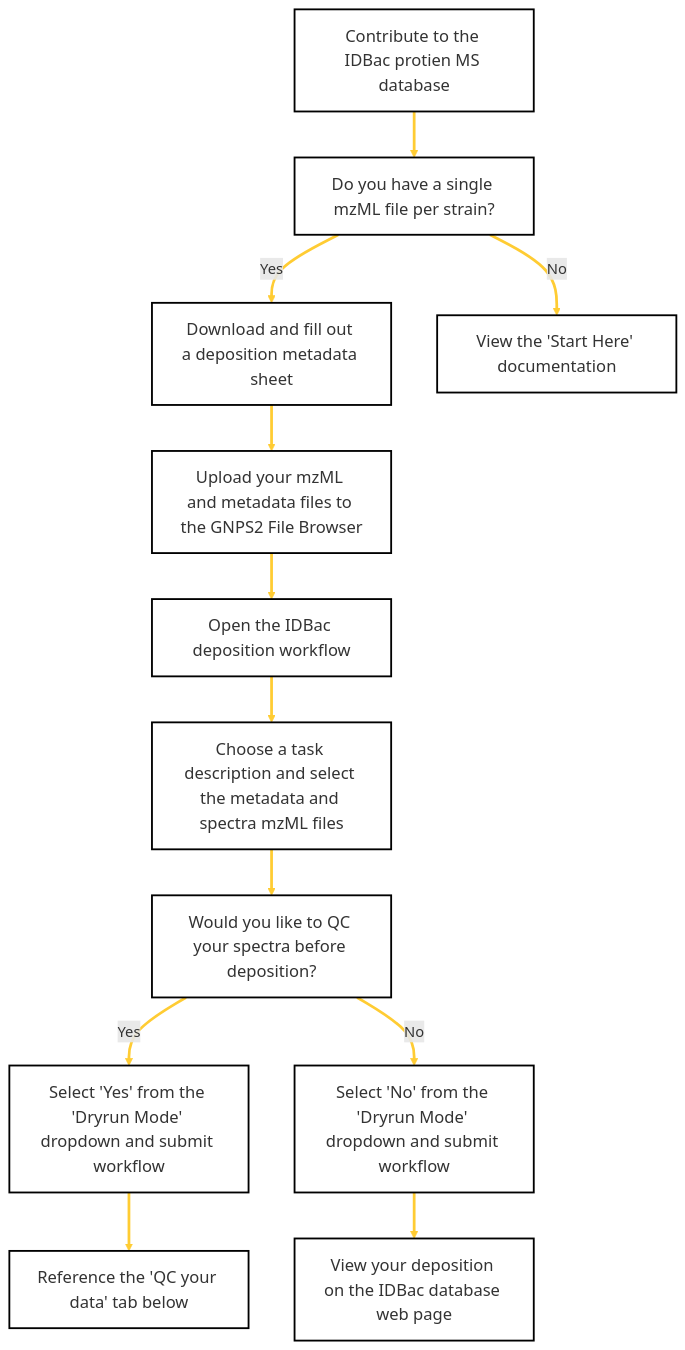
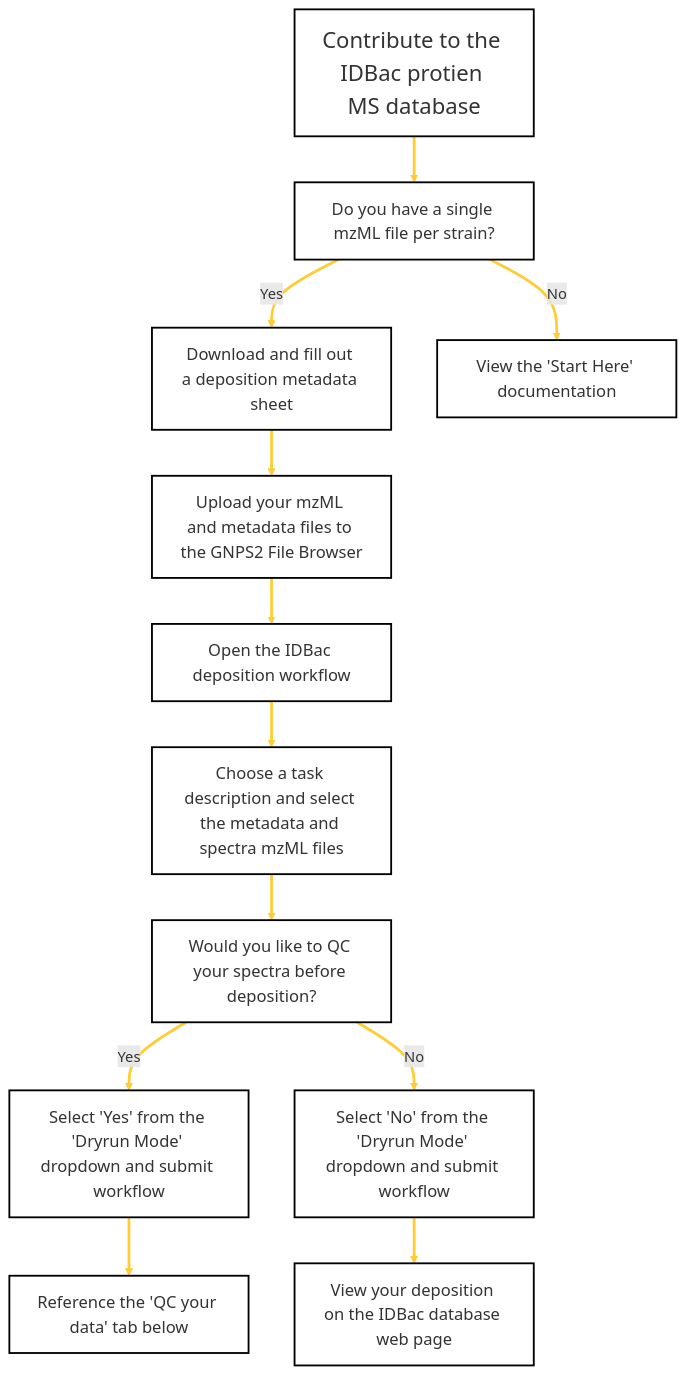
Before and after one commit to Wang-Bioinformatics-Lab/GNPS2_Documentation: the diagram in docs/idbacdepositions.md, drawn with Mermaid.

````diff
--- a/docs/idbacdepositions.md
+++ b/docs/idbacdepositions.md
@@ -15,51 +15,51 @@
 ```mermaid
 flowchart TD
     A[Contribute to the IDBac protien MS database] --> B[Do you have a single mzML file per strain?]
     B -->|Yes| C[Download and fill out a deposition metadata sheet]
     B -->|No| D[View the 'Start Here' documentation]
     C --> E[Upload your mzML and metadata files to the GNPS2 File Browser]
     E --> F[Open the IDBac deposition workflow]
     F --> G[Choose a task description and select the metadata and spectra mzML files]
     G --> H[Would you like to QC your spectra before deposition?]
     H --> |Yes| I[Select 'Yes' from the 'Dryrun Mode' dropdown and submit workflow]
     H --> |No| J[Select 'No' from the 'Dryrun Mode' dropdown and submit workflow]
     J --> K[View your deposition on the IDBac database web page]
     I --> L[Reference the 'QC your data' tab below]
    
     
     click C href "https://docs.google.com/spreadsheets/d/1yKsZ2FEw8-cWufvY8l31Ju8NTKujmEtb/edit?usp=sharing&ouid=102573514213912402103&rtpof=true&sd=true"
     click E href "https://gnps2.org/homepage"
     click F href "https://gnps2.org/workflowinput?workflowname=idbacdeposition_workflow"
     click K href "https://idbac.org/database"
 
 
  %% Styling
-    style A fill:#FFFFFF,stroke:#000000,stroke-width:2px,font-size:18px
+    style A fill:#FFFFFF,stroke:#000000,stroke-width:2px,font-size:24px
     style B fill:#FFFFFF,stroke:#000000,stroke-width:2px,font-size:18px
     style C fill:#FFFFFF,stroke:#000000,stroke-width:2px,font-size:18px
     style D fill:#FFFFFF,stroke:#000000,stroke-width:2px,font-size:18px
     style E fill:#FFFFFF,stroke:#000000,stroke-width:2px,font-size:18px
     style F fill:#FFFFFF,stroke:#000000,stroke-width:2px,font-size:18px
     style G fill:#FFFFFF,stroke:#000000,stroke-width:2px,font-size:18px
     style H fill:#FFFFFF,stroke:#000000,stroke-width:2px,font-size:18px
     style I fill:#FFFFFF,stroke:#000000,stroke-width:2px,font-size:18px
     style J fill:#FFFFFF,stroke:#000000,stroke-width:2px,font-size:18px
     style K fill:#FFFFFF,stroke:#000000,stroke-width:2px,font-size:18px
     style L fill:#FFFFFF,stroke:#000000,stroke-width:2px,font-size:18px 
 
 %% Link Styling
     linkStyle 0 stroke:#ffcc33,stroke-width:3px
     linkStyle 1 stroke:#ffcc33,stroke-width:3px
     linkStyle 2 stroke:#ffcc33,stroke-width:3px
     linkStyle 3 stroke:#ffcc33,stroke-width:3px
     linkStyle 4 stroke:#ffcc33,stroke-width:3px
     linkStyle 5 stroke:#ffcc33,stroke-width:3px
     linkStyle 6 stroke:#ffcc33,stroke-width:3px
     linkStyle 7 stroke:#ffcc33,stroke-width:3px
     linkStyle 8 stroke:#ffcc33,stroke-width:3px
     linkStyle 9 stroke:#ffcc33,stroke-width:3px
     linkStyle 10 stroke:#ffcc33,stroke-width:3px
     
    
 
 ```
````
